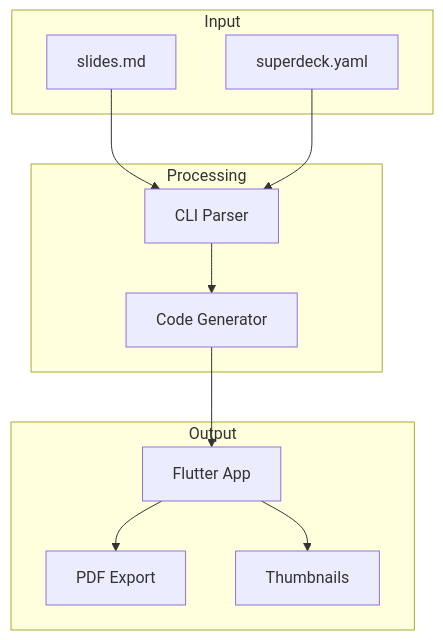
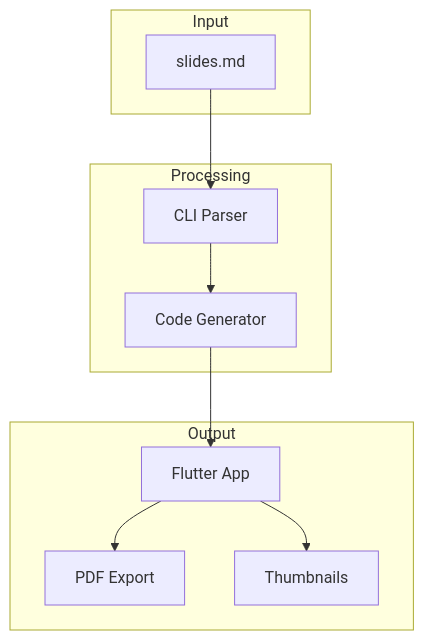
The third of 3 diagrams in demo/slides.md (btwld/superdeck), drawn with Mermaid before and after one commit. The commit also changed other lines of this file and 36 other files, not shown here.

````diff
--- a/demo/slides.md
+++ b/demo/slides.md
@@ -338,25 +335,23 @@
 ```mermaid
 graph TB
     subgraph Input
         A[slides.md]
-        B[superdeck.yaml]
     end
 
     subgraph Processing
         C[CLI Parser]
         D[Code Generator]
     end
 
     subgraph Output
         E[Flutter App]
         F[PDF Export]
         G[Thumbnails]
     end
 
     A --> C
-    B --> C
     C --> D
     D --> E
     E --> F
     E --> G
 ```
````
